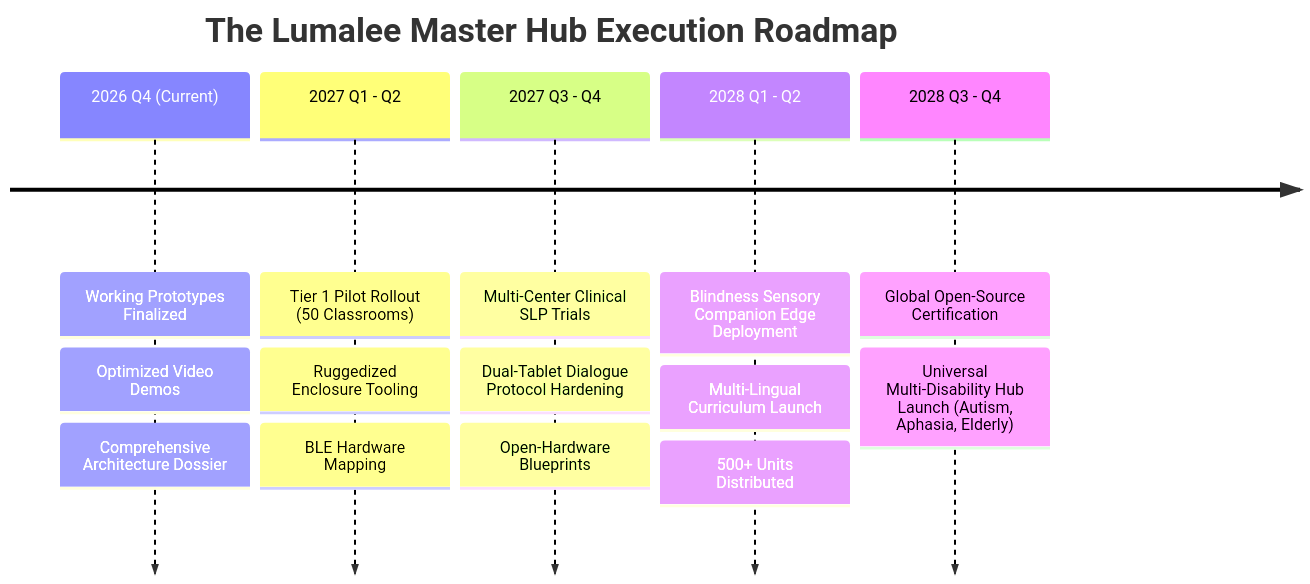
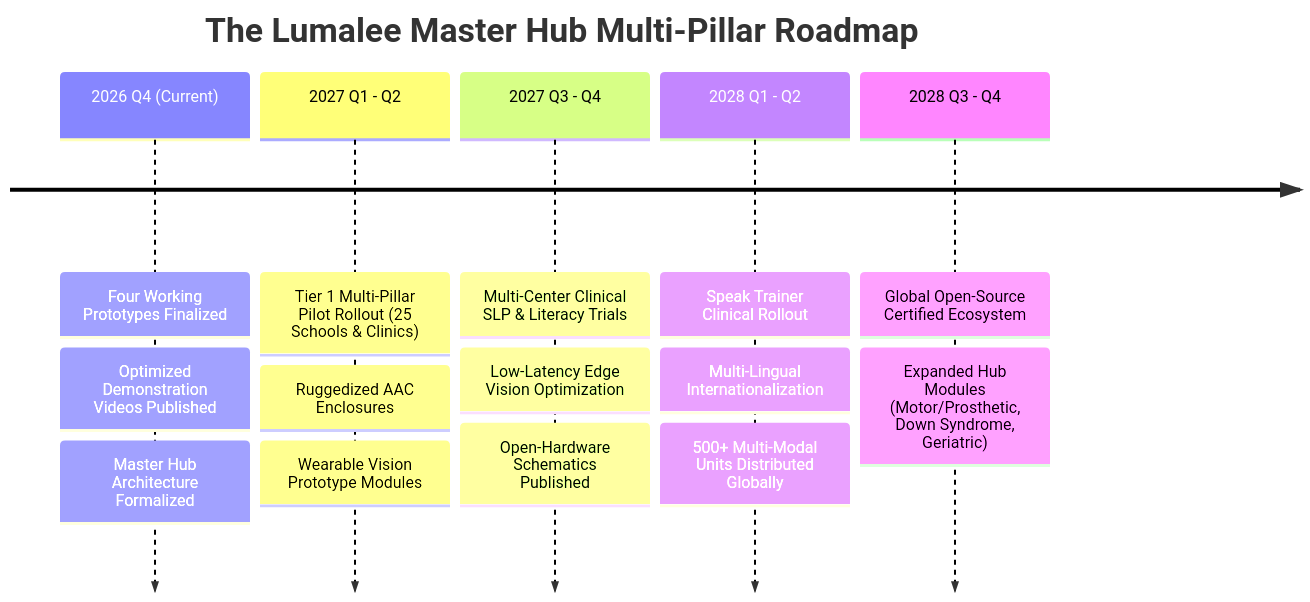
Before and after one commit to luis-angel-montiel-moreno/Lumalee-AssistiveTech-Solutions-Hub: the third of 3 diagrams in FUNDING_AND_SPONSORSHIP_DOSSIER.md, drawn with Mermaid. The commit also changed other lines of this file, not shown here.

Commit message:
Harmonize sponsorship dossier with master hub architecture across all 4 pillars

````diff
--- a/FUNDING_AND_SPONSORSHIP_DOSSIER.md
+++ b/FUNDING_AND_SPONSORSHIP_DOSSIER.md
@@ -197,9 +224,9 @@
 ```mermaid
 timeline
-    title The Lumalee Master Hub Execution Roadmap
-    2026 Q4 (Current) : Working Prototypes Finalized : Optimized Video Demos : Comprehensive Architecture Dossier
-    2027 Q1 - Q2 : Tier 1 Pilot Rollout (50 Classrooms) : Ruggedized Enclosure Tooling : BLE Hardware Mapping
-    2027 Q3 - Q4 : Multi-Center Clinical SLP Trials : Dual-Tablet Dialogue Protocol Hardening : Open-Hardware Blueprints
-    2028 Q1 - Q2 : Blindness Sensory Companion Edge Deployment : Multi-Lingual Curriculum Launch : 500+ Units Distributed
-    2028 Q3 - Q4 : Global Open-Source Certification : Universal Multi-Disability Hub Launch (Autism, Aphasia, Elderly)
+    title The Lumalee Master Hub Multi-Pillar Roadmap
+    2026 Q4 (Current) : Four Working Prototypes Finalized : Optimized Demonstration Videos Published : Master Hub Architecture Formalized
+    2027 Q1 - Q2 : Tier 1 Multi-Pillar Pilot Rollout (25 Schools & Clinics) : Ruggedized AAC Enclosures : Wearable Vision Prototype Modules
+    2027 Q3 - Q4 : Multi-Center Clinical SLP & Literacy Trials : Low-Latency Edge Vision Optimization : Open-Hardware Schematics Published
+    2028 Q1 - Q2 : Speak Trainer Clinical Rollout : Multi-Lingual Internationalization : 500+ Multi-Modal Units Distributed Globally
+    2028 Q3 - Q4 : Global Open-Source Certified Ecosystem : Expanded Hub Modules (Motor/Prosthetic, Down Syndrome, Geriatric)
 ```
````
